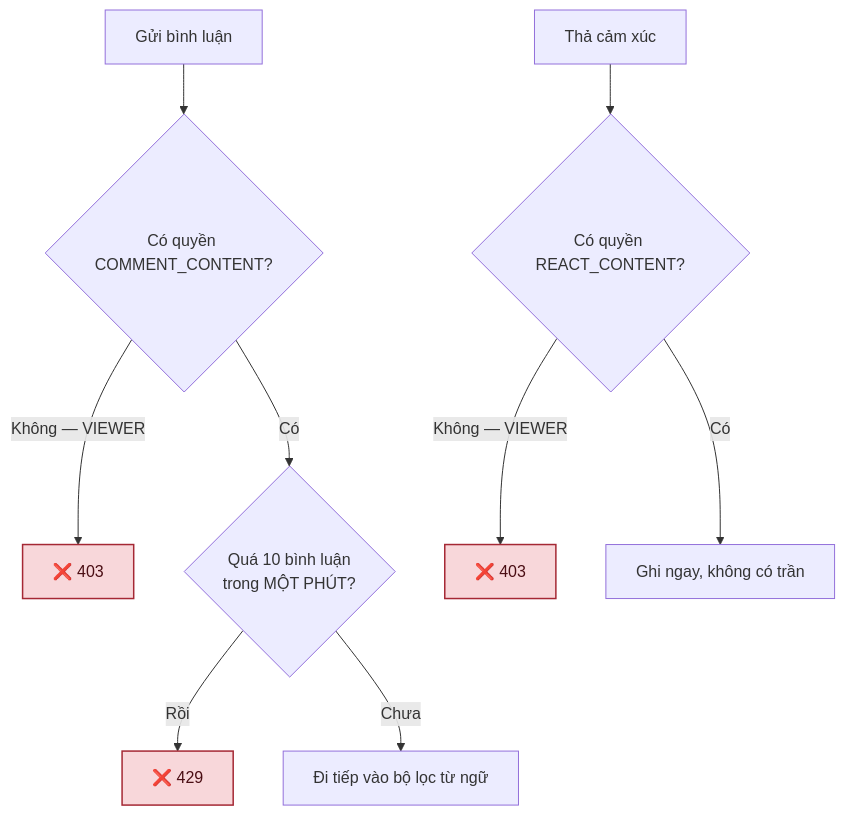
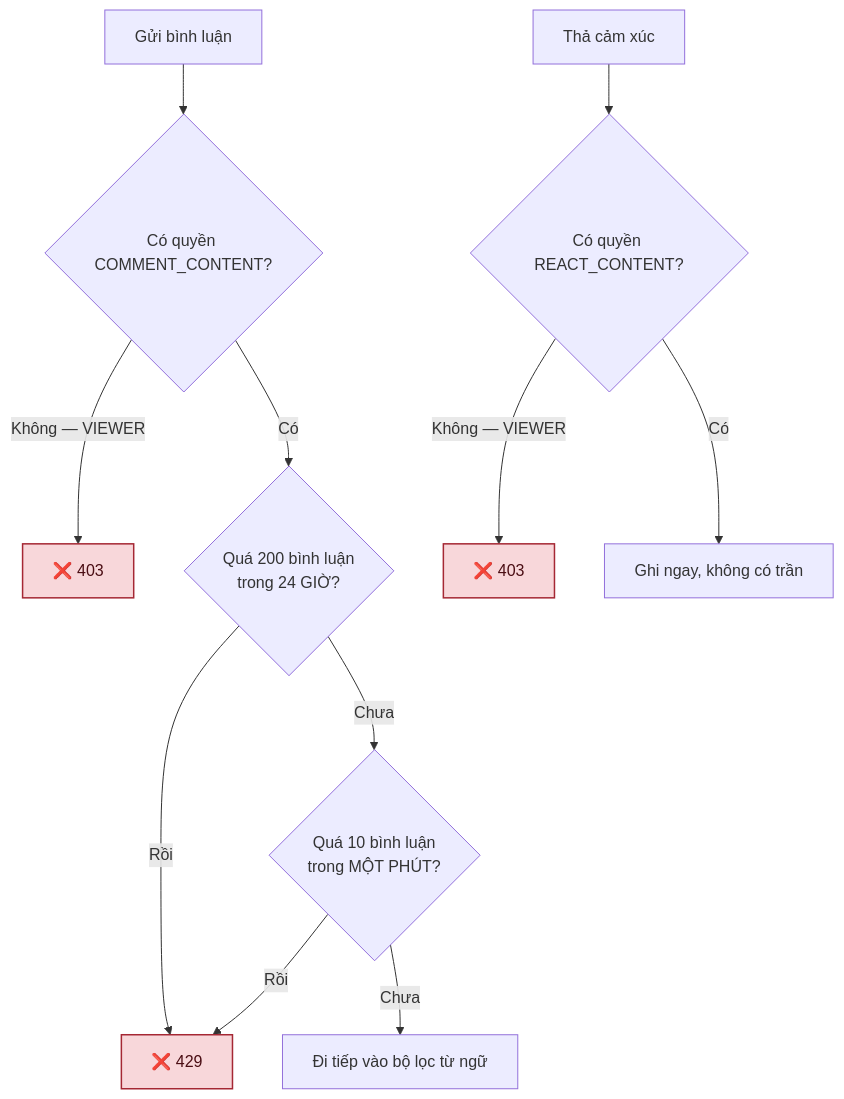
Before and after one commit to fdshn/trueheart: the third of 8 diagrams in docs/diagram/06-interaction.md, drawn with Mermaid. The commit also changed other lines of this file and 5 other files, not shown here.

First line of the commit message:
feat(feed): thêm trần 200 bình luận mỗi 24 giờ, cạnh trần theo phút

````diff
--- a/docs/diagram/06-interaction.md
+++ b/docs/diagram/06-interaction.md
@@ -88,16 +88,18 @@
 ```mermaid
 flowchart TD
     A[Gửi bình luận] --> B{Có quyền COMMENT_CONTENT?}
     B -->|Không — VIEWER| C["❌ 403"]
-    B -->|Có| D{Quá 10 bình luận<br/>trong MỘT PHÚT?}
-    D -->|Rồi| E["❌ 429"]
+    B -->|Có| Dd{Quá 200 bình luận<br/>trong 24 GIỜ?}
+    Dd -->|Rồi| E["❌ 429"]
+    Dd -->|Chưa| D{Quá 10 bình luận<br/>trong MỘT PHÚT?}
+    D -->|Rồi| E
     D -->|Chưa| F[Đi tiếp vào bộ lọc từ ngữ]
 
     G[Thả cảm xúc] --> H{Có quyền REACT_CONTENT?}
     H -->|Không — VIEWER| I["❌ 403"]
     H -->|Có| J[Ghi ngay, không có trần]
 
     style C fill:#f8d7da,stroke:#a52834,stroke-width:1.5px,color:#4a0d13
     style E fill:#f8d7da,stroke:#a52834,stroke-width:1.5px,color:#4a0d13
     style I fill:#f8d7da,stroke:#a52834,stroke-width:1.5px,color:#4a0d13
 ```
````
